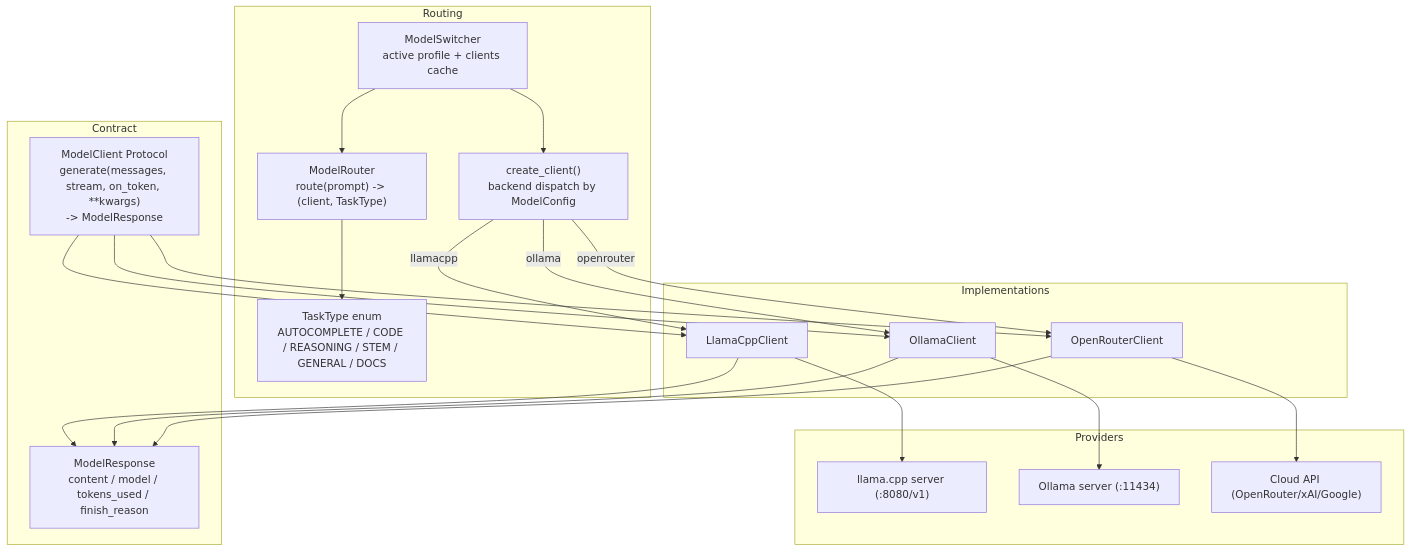
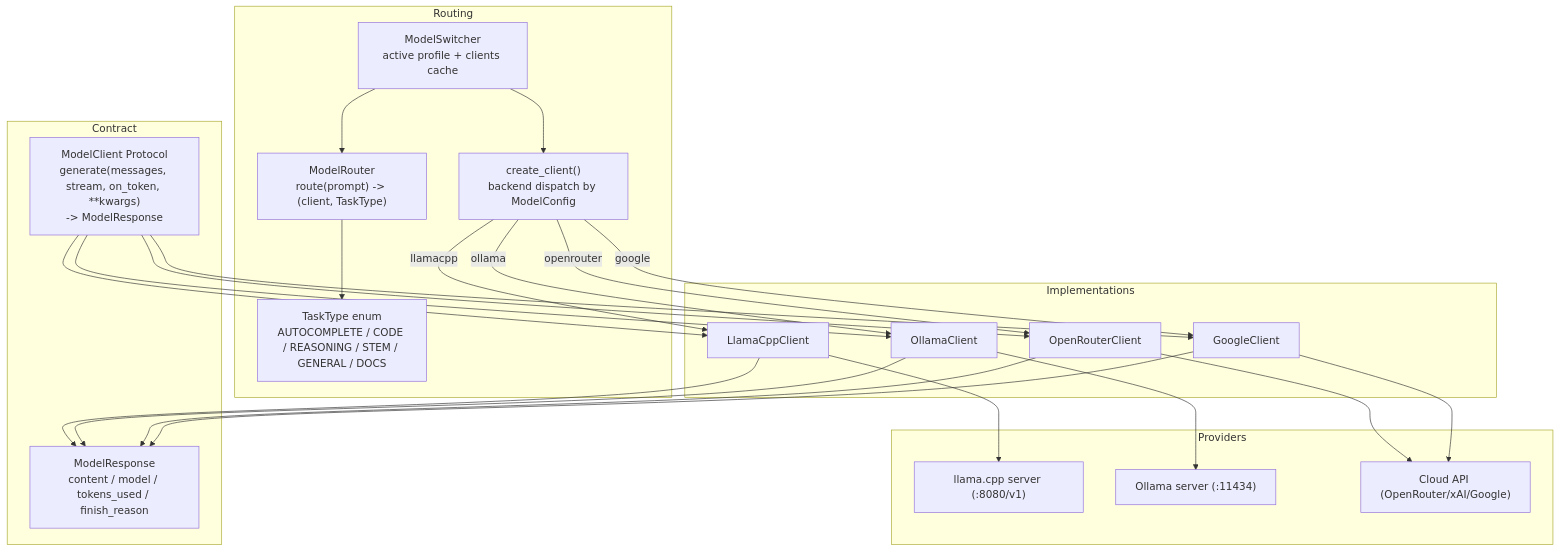
One commit to Er-Sajan-PLG/JARVIS changed the first of 5 diagrams in docs/architecture/models.md. Above: the diagram before and after it, drawn with Mermaid. The commit also changed other lines of this file and 54 other files, not shown here.

````diff
--- a/docs/architecture/models.md
+++ b/docs/architecture/models.md
@@ -12,44 +12,49 @@
 ```mermaid
 flowchart TB
     subgraph CONTRACT["Contract"]
         PROTO["ModelClient Protocol<br/>generate(messages, stream, on_token, **kwargs)<br/>-> ModelResponse"]
         RESP["ModelResponse<br/>content / model / tokens_used / finish_reason"]
     end
 
     subgraph ROUTING["Routing"]
         SW["ModelSwitcher<br/>active profile + clients cache"]
         ROUTER["ModelRouter<br/>route(prompt) -> (client, TaskType)"]
         TASK["TaskType enum<br/>AUTOCOMPLETE / CODE / REASONING / STEM / GENERAL / DOCS"]
         FACT["create_client()<br/>backend dispatch by ModelConfig"]
     end
 
     subgraph CLIENTS["Implementations"]
         LCPP["LlamaCppClient"]
         OLL["OllamaClient"]
         ORR["OpenRouterClient"]
+        GC["GoogleClient"]
     end
 
     subgraph EXT["Providers"]
         LS["llama.cpp server (:8080/v1)"]
         OS["Ollama server (:11434)"]
         CR["Cloud API (OpenRouter/xAI/Google)"]
     end
 
     PROTO --> LCPP
     PROTO --> OLL
     PROTO --> ORR
+    PROTO --> GC
     LCPP --> RESP
     OLL --> RESP
     ORR --> RESP
+    GC --> RESP
 
     SW --> ROUTER
     SW --> FACT
     ROUTER --> TASK
     FACT -->|"llamacpp"| LCPP
     FACT -->|"ollama"| OLL
     FACT -->|"openrouter"| ORR
+    FACT -->|"google"| GC
 
     LCPP --> LS
     OLL --> OS
     ORR --> CR
+    GC --> CR
 ```
````
